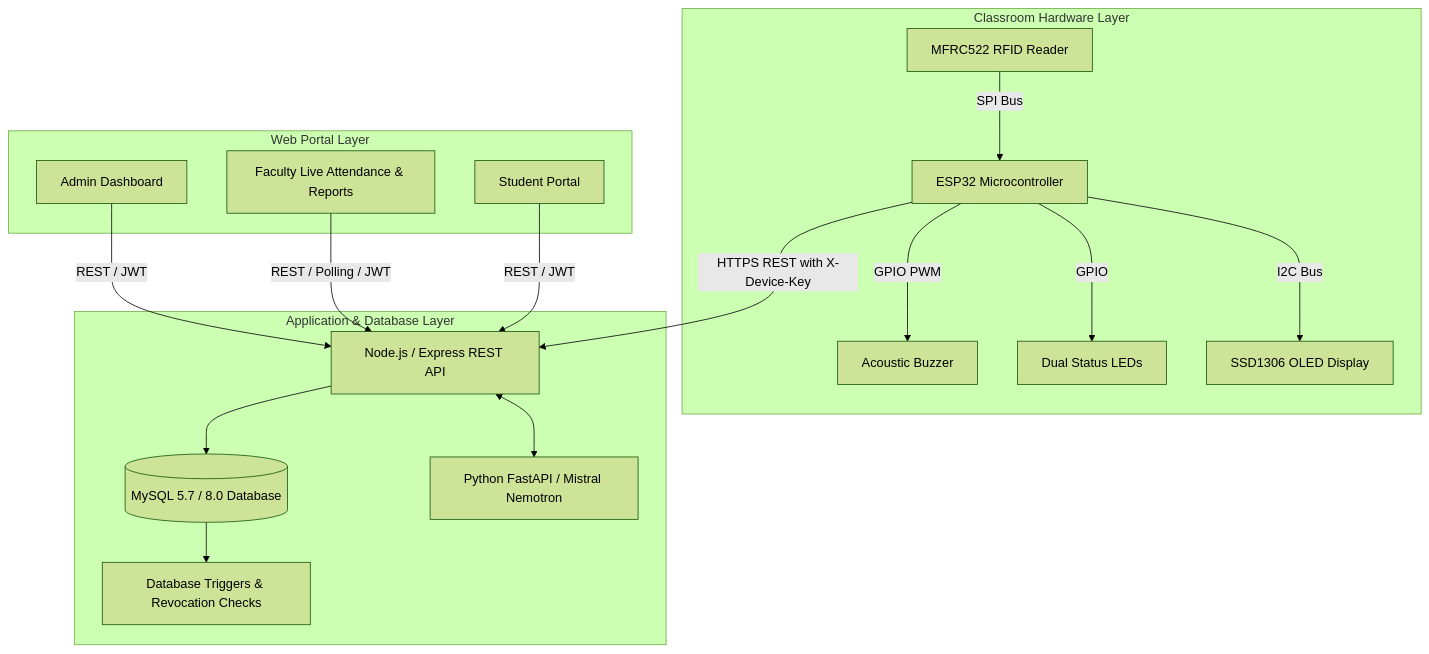
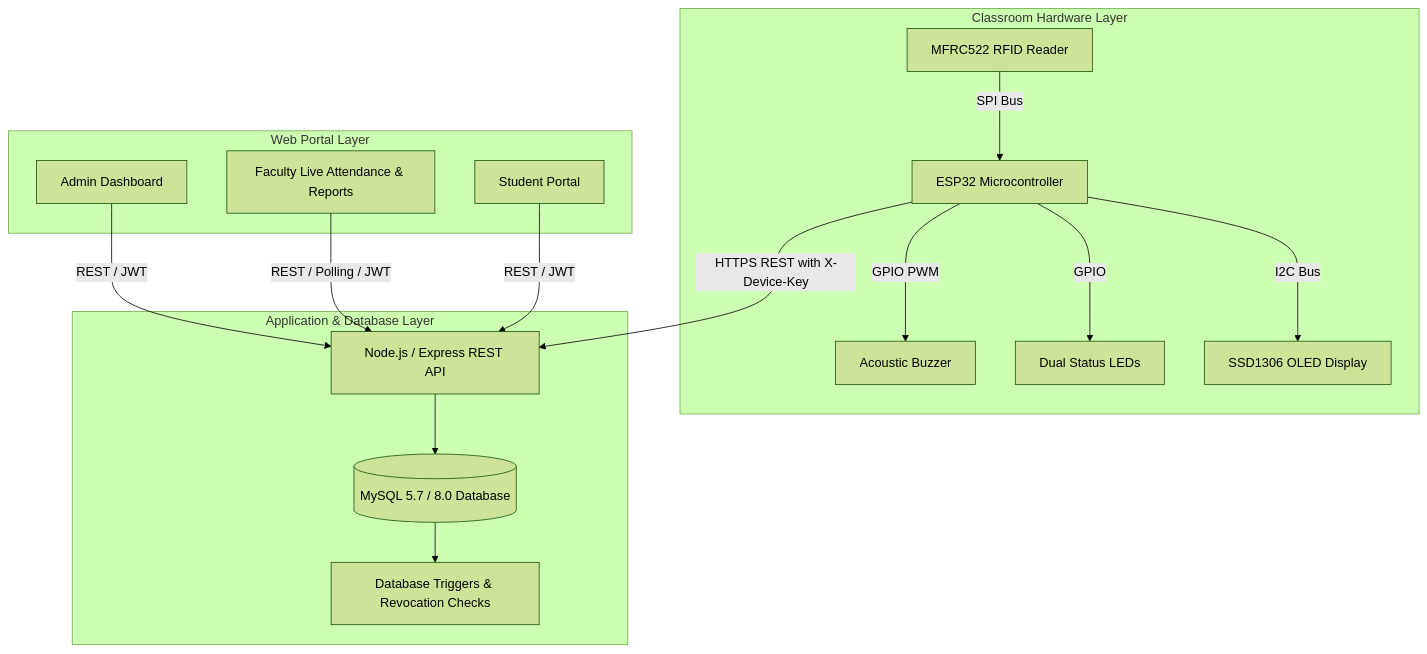
One commit to dooti2325/TapID changed the diagram in USER_MANUAL.md. Above: the diagram before and after it, drawn with Mermaid (forest theme). The commit also changed other lines of this file and 12 other files, not shown here.

````diff
--- a/USER_MANUAL.md
+++ b/USER_MANUAL.md
@@ -31,36 +30,34 @@
 ```mermaid
 flowchart TB
     subgraph Hardware_Layer [Classroom Hardware Layer]
         ESP32[ESP32 Microcontroller]
         RC522[MFRC522 RFID Reader]
         Buzzer[Acoustic Buzzer]
         LEDs[Dual Status LEDs]
         OLED[SSD1306 OLED Display]
         RC522 -->|SPI Bus| ESP32
         ESP32 -->|GPIO PWM| Buzzer
         ESP32 -->|GPIO| LEDs
         ESP32 -->|I2C Bus| OLED
     end
 
     subgraph Server_Layer [Application & Database Layer]
         API[Node.js / Express REST API]
         MySQL[(MySQL 5.7 / 8.0 Database)]
         Trigger[Database Triggers & Revocation Checks]
-        AI[Python FastAPI / Mistral Nemotron]
         
         ESP32 -->|HTTPS REST with X-Device-Key| API
         API --> MySQL
         MySQL --> Trigger
-        API <--> AI
     end
 
     subgraph Client_Layer [Web Portal Layer]
         AdminUI[Admin Dashboard]
         FacultyUI[Faculty Live Attendance & Reports]
         StudentUI[Student Portal]
         
         AdminUI -->|REST / JWT| API
         FacultyUI -->|REST / Polling / JWT| API
         StudentUI -->|REST / JWT| API
     end
 ```
````
